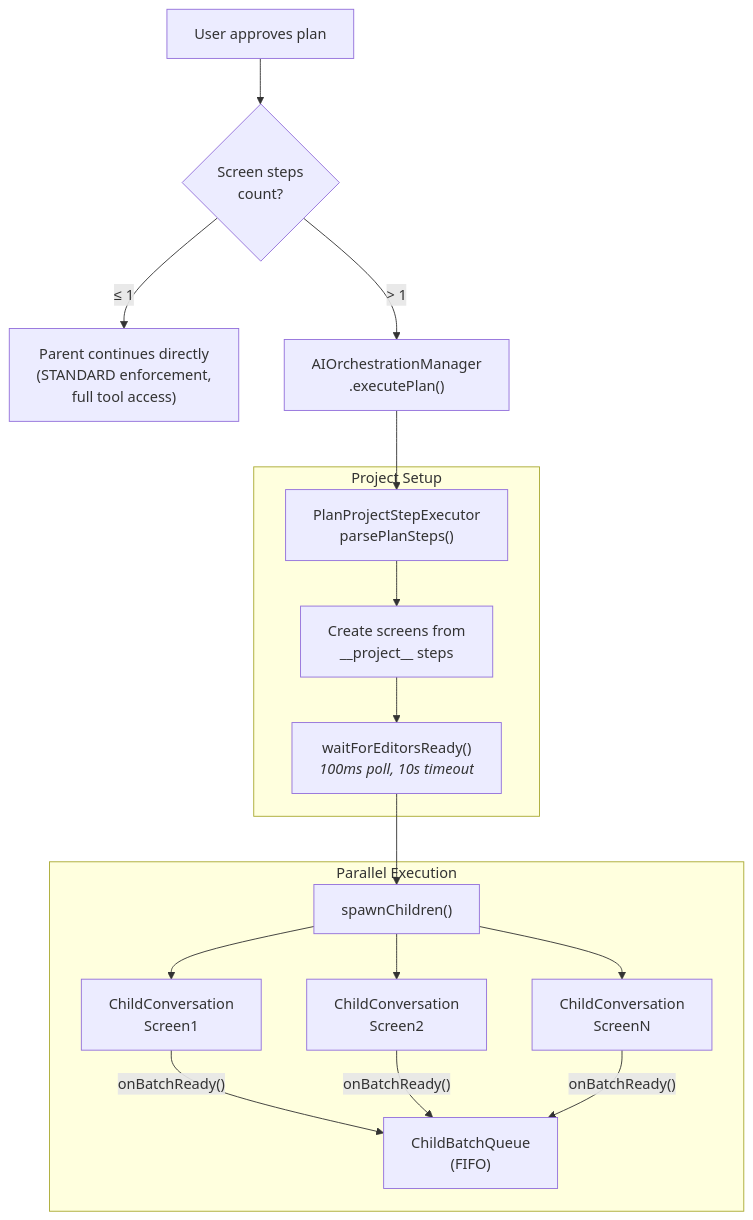
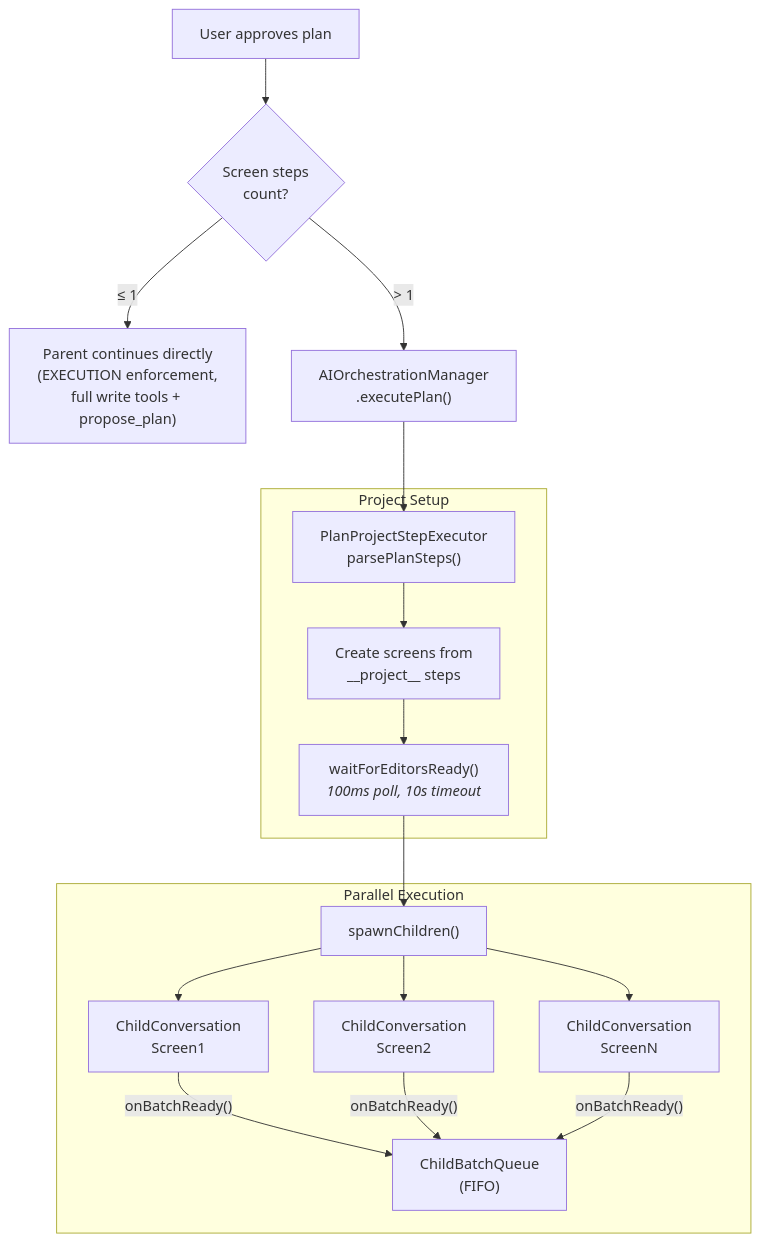
Before and after one commit to mit-cml/appinventor-sources: diagram 14 of 18 in CONTRIBUTING_AI.md, drawn with Mermaid. The commit also changed other lines of this file, not shown here.

````diff
--- a/CONTRIBUTING_AI.md
+++ b/CONTRIBUTING_AI.md
@@ -1060,29 +1100,29 @@
 ```mermaid
 flowchart TD
     Approve["User approves plan"]
     Count{"Screen steps<br/>count?"}
-    Single["Parent continues directly<br/>(STANDARD enforcement,<br/>full tool access)"]
+    Single["Parent continues directly<br/>(EXECUTION enforcement,<br/>full write tools + propose_plan)"]
     Multi["AIOrchestrationManager<br/>.executePlan()"]
 
     Approve --> Count
     Count -->|"≤ 1"| Single
     Count -->|"> 1"| Multi
 
     subgraph "Project Setup"
         Parse["PlanProjectStepExecutor<br/>parsePlanSteps()"]
         Create["Create screens from<br/>__project__ steps"]
         Wait["waitForEditorsReady()<br/><i>100ms poll, 10s timeout</i>"]
     end
 
     subgraph "Parallel Execution"
         Spawn["spawnChildren()"]
         C1["ChildConversation<br/>Screen1"]
         C2["ChildConversation<br/>Screen2"]
         CN["ChildConversation<br/>ScreenN"]
         Queue["ChildBatchQueue<br/>(FIFO)"]
     end
 
     Multi --> Parse --> Create --> Wait --> Spawn
     Spawn --> C1 & C2 & CN
     C1 & C2 & CN -->|"onBatchReady()"| Queue
 ```
````
